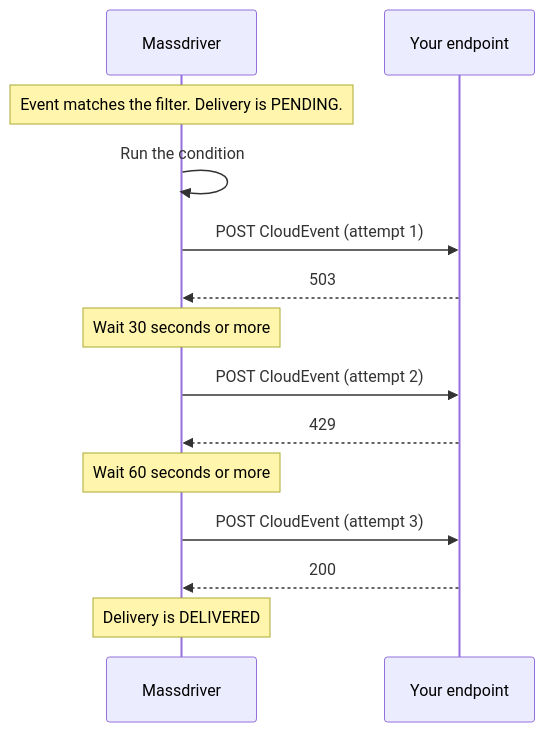
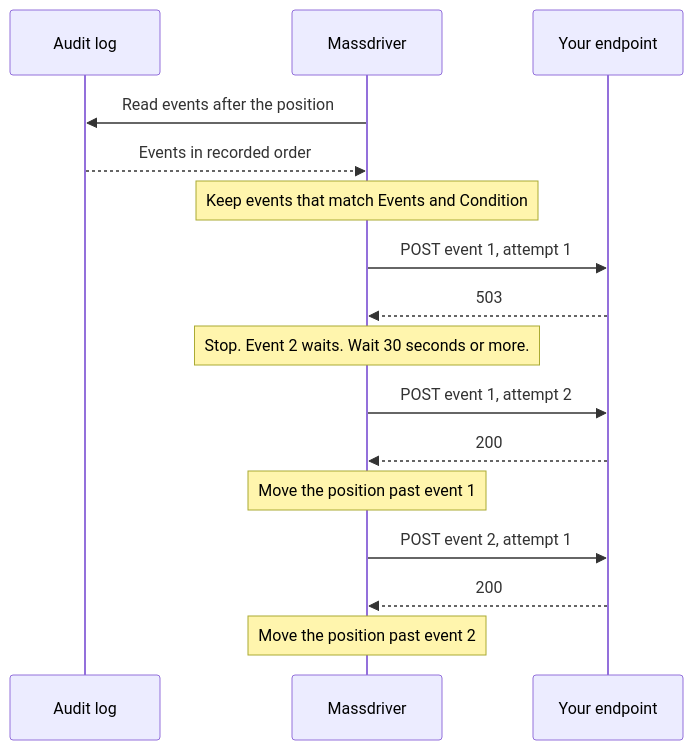
The diagram in docs/platform-operations/03-event-destinations.md (massdriver-cloud/docs), drawn with Mermaid before and after one commit. The commit also changed other lines of this file, not shown here.

First line of the commit message:
Rewrite event destinations for ordered delivery from the audit log

````diff
--- a/docs/platform-operations/03-event-destinations.md
+++ b/docs/platform-operations/03-event-destinations.md
@@ -42,16 +113,18 @@
 ```mermaid
 sequenceDiagram
+    participant AL as Audit log
     participant MD as Massdriver
     participant EP as Your endpoint
-    Note over MD: Event matches the filter. Delivery is PENDING.
-    MD->>MD: Run the condition
-    MD->>EP: POST CloudEvent (attempt 1)
+    MD->>AL: Read events after the position
+    AL-->>MD: Events in recorded order
+    Note over MD: Keep events that match Events and Condition
+    MD->>EP: POST event 1, attempt 1
     EP-->>MD: 503
-    Note over MD: Wait 30 seconds or more
-    MD->>EP: POST CloudEvent (attempt 2)
-    EP-->>MD: 429
-    Note over MD: Wait 60 seconds or more
-    MD->>EP: POST CloudEvent (attempt 3)
+    Note over MD: Stop. Event 2 waits. Wait 30 seconds or more.
+    MD->>EP: POST event 1, attempt 2
     EP-->>MD: 200
-    Note over MD: Delivery is DELIVERED
+    Note over MD: Move the position past event 1
+    MD->>EP: POST event 2, attempt 1
+    EP-->>MD: 200
+    Note over MD: Move the position past event 2
 ```
````
